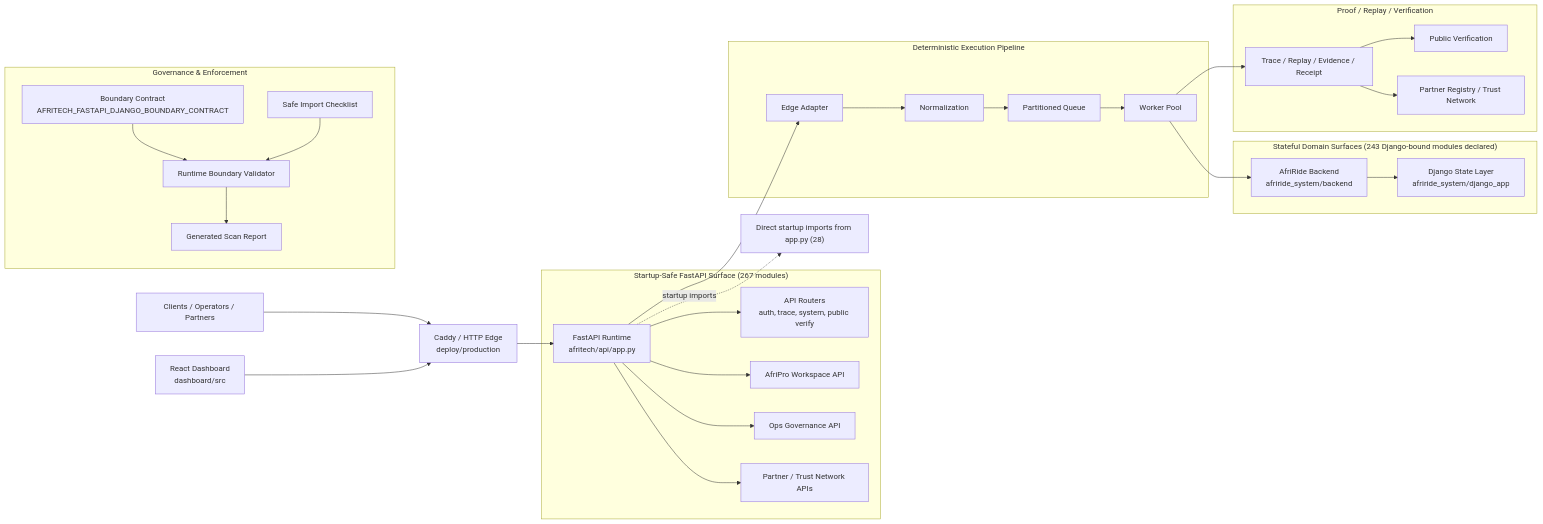
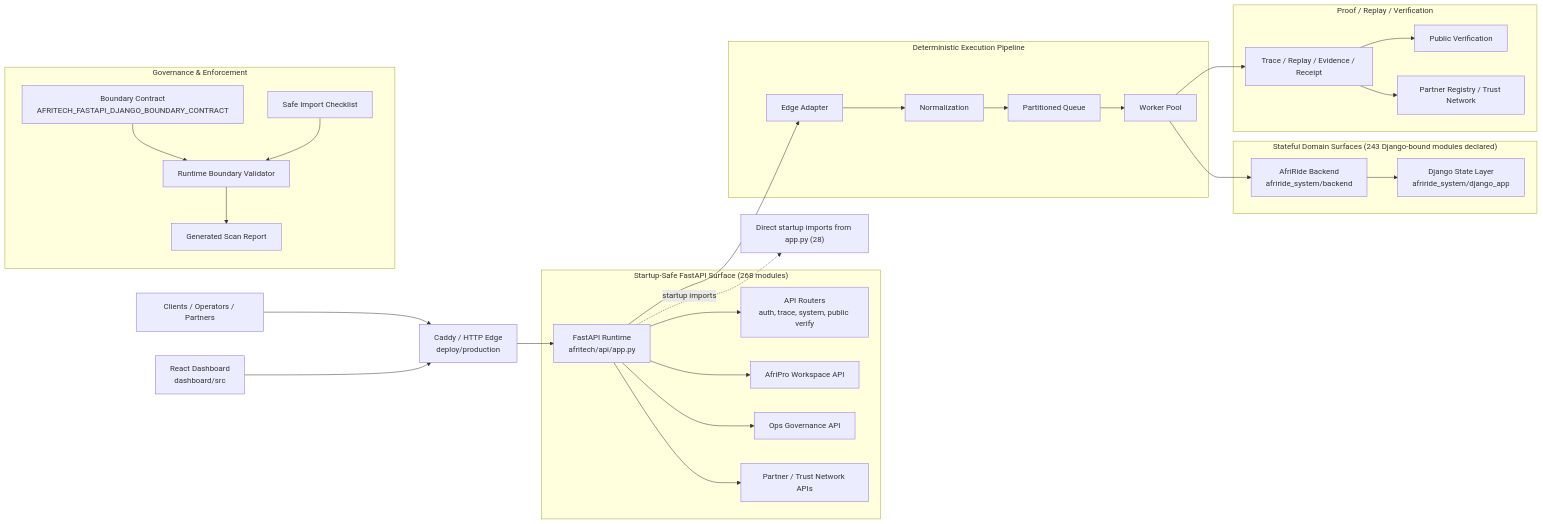
One commit to Strelly2023/afritelematics changed the first of 2 diagrams in docs/architecture/AFRITECH_FULL_ARCHITECTURE_GRAPH.md. Above: the diagram before and after it, drawn with Mermaid. The commit also changed other lines of this file and 18 other files, not shown here.

````diff
--- a/docs/architecture/AFRITECH_FULL_ARCHITECTURE_GRAPH.md
+++ b/docs/architecture/AFRITECH_FULL_ARCHITECTURE_GRAPH.md
@@ -22,39 +22,39 @@
 ```mermaid
 flowchart LR
     Client["Clients / Operators / Partners"] --> Edge["Caddy / HTTP Edge\ndeploy/production"]
     Dashboard["React Dashboard\ndashboard/src"] --> Edge
     Edge --> App["FastAPI Runtime\nafritech/api/app.py"]
 
-    subgraph FastAPI["Startup-Safe FastAPI Surface (267 modules)"]
+    subgraph FastAPI["Startup-Safe FastAPI Surface (268 modules)"]
         App --> Api["API Routers\nauth, trace, system, public verify"]
         App --> Workspace["AfriPro Workspace API"]
         App --> Governance["Ops Governance API"]
         App --> Trust["Partner / Trust Network APIs"]
     end
 
     subgraph Pipeline["Deterministic Execution Pipeline"]
         App --> Adapt["Edge Adapter"]
         Adapt --> Normalize["Normalization"]
         Normalize --> Queue["Partitioned Queue"]
         Queue --> Worker["Worker Pool"]
     end
 
     subgraph State["Stateful Domain Surfaces (243 Django-bound modules declared)"]
         Worker --> Domain["AfriRide Backend\nafriride_system/backend"]
         Domain --> Django["Django State Layer\nafriride_system/django_app"]
     end
 
     subgraph Proof["Proof / Replay / Verification"]
         Worker --> Trace["Trace / Replay / Evidence / Receipt"]
         Trace --> Public["Public Verification"]
         Trace --> Registry["Partner Registry / Trust Network"]
     end
 
     subgraph GovernancePlane["Governance & Enforcement"]
         Contract["Boundary Contract\nAFRITECH_FASTAPI_DJANGO_BOUNDARY_CONTRACT"] --> Validator["Runtime Boundary Validator"]
         Checklist["Safe Import Checklist"] --> Validator
         Validator --> Review["Generated Scan Report"]
     end
 
     App -. startup imports .-> Imports["Direct startup imports from app.py (28)"]
 ```
````
